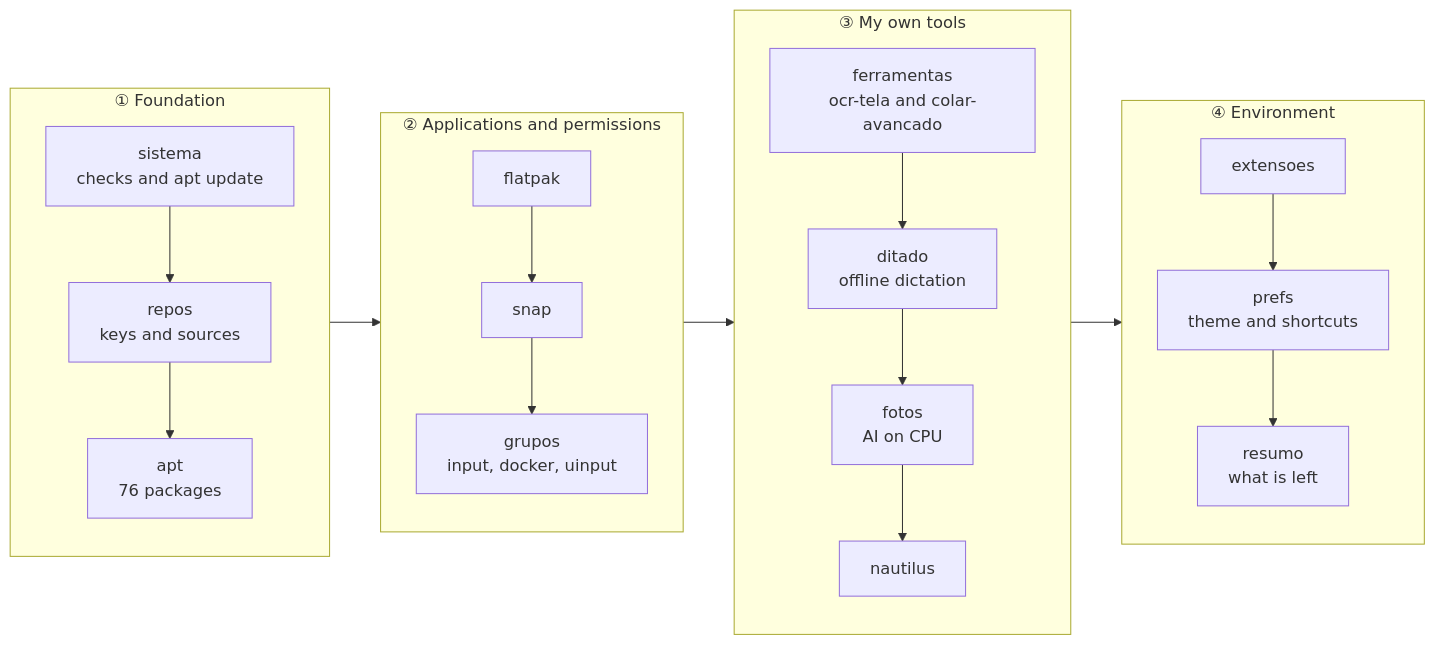
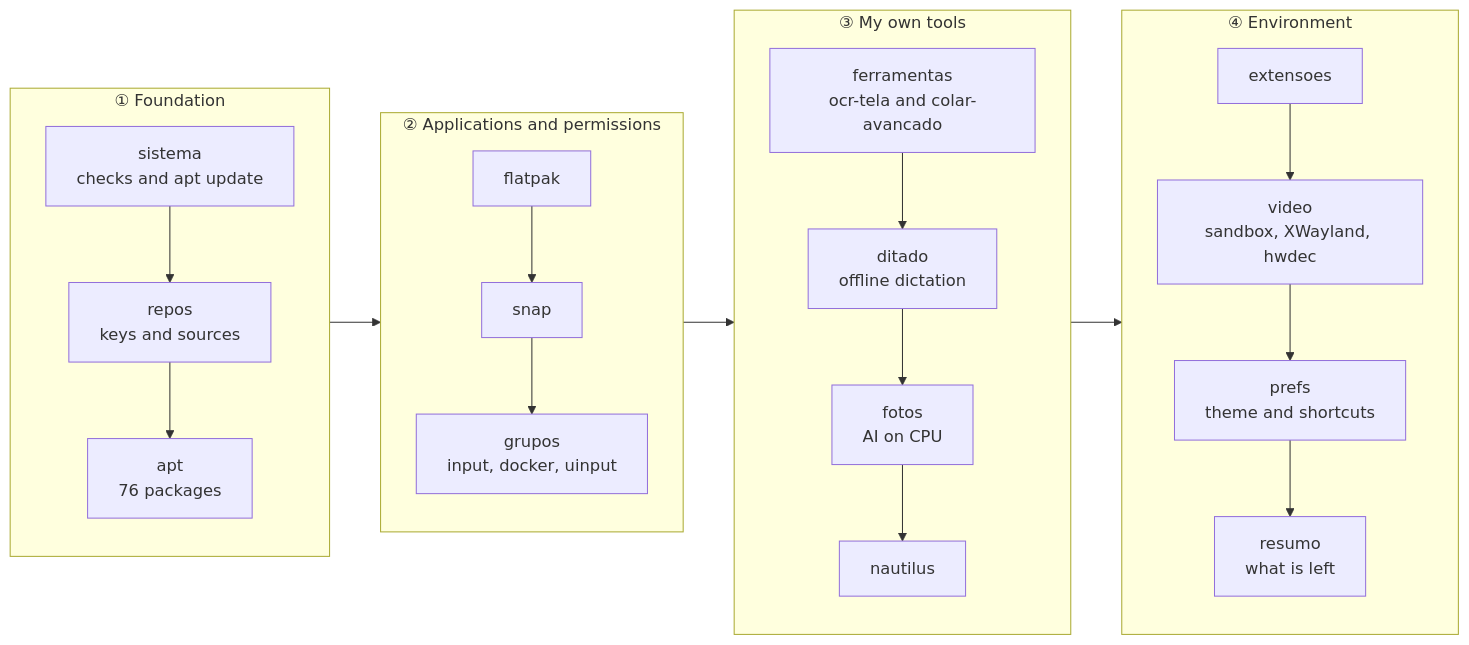
Before and after one commit to augustotecnos/nova-maquina: the diagram in README.en.md, drawn with Mermaid. The commit also changed other lines of this file and 2 other files, not shown here.

First line of the commit message:
Etapa video: sandbox do Chromium, XWayland e vídeo por hardware

````diff
--- a/README.en.md
+++ b/README.en.md
@@ -56,20 +56,20 @@
 ```mermaid
 flowchart LR
     subgraph F["① Foundation"]
         direction TB
         A["sistema<br/>checks and apt update"] --> B["repos<br/>keys and sources"] --> C["apt<br/>76 packages"]
     end
     subgraph P["② Applications and permissions"]
         direction TB
         D["flatpak"] --> E["snap"] --> G["grupos<br/>input, docker, uinput"]
     end
     subgraph T["③ My own tools"]
         direction TB
         H["ferramentas<br/>ocr-tela and colar-avancado"] --> I["ditado<br/>offline dictation"] --> J["fotos<br/>AI on CPU"] --> K["nautilus"]
     end
     subgraph M["④ Environment"]
         direction TB
-        L["extensoes"] --> N["prefs<br/>theme and shortcuts"] --> O["resumo<br/>what is left"]
+        L["extensoes"] --> V["video<br/>sandbox, XWayland, hwdec"] --> N["prefs<br/>theme and shortcuts"] --> O["resumo<br/>what is left"]
     end
     F --> P --> T --> M
 ```
````
